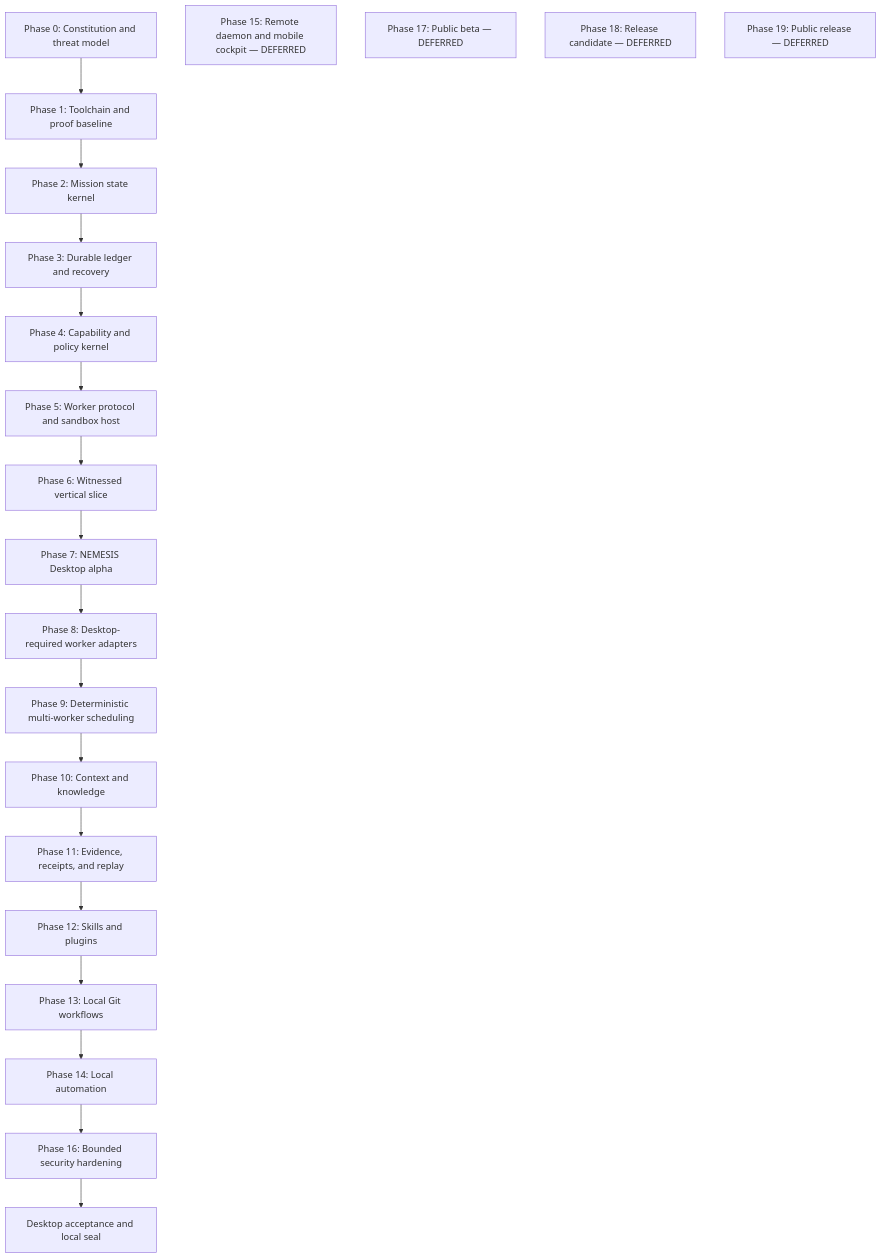
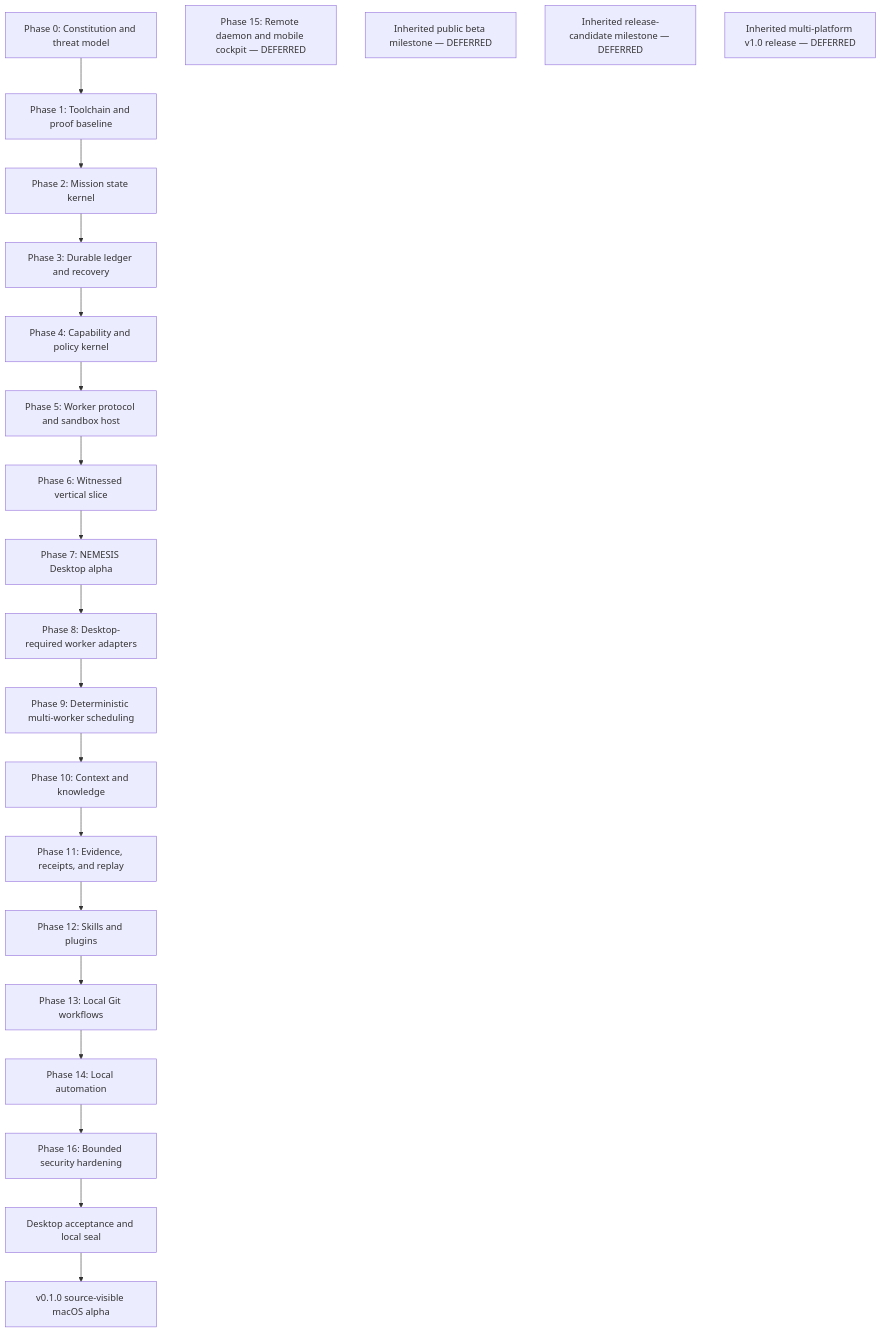
The diagram in docs/architecture/DESKTOP_DEPENDENCY_GRAPH.md (AnubisQuantumCipher/nemesis), drawn with Mermaid before and after one commit. The commit also changed other lines of this file and 11 other files, not shown here.

First line of the commit message:
docs: define the public macOS alpha boundary

````diff
--- a/docs/architecture/DESKTOP_DEPENDENCY_GRAPH.md
+++ b/docs/architecture/DESKTOP_DEPENDENCY_GRAPH.md
@@ -16,24 +16,25 @@
 ```mermaid
 graph TD
   P0[Phase 0: Constitution and threat model] --> P1[Phase 1: Toolchain and proof baseline]
   P1 --> P2[Phase 2: Mission state kernel]
   P2 --> P3[Phase 3: Durable ledger and recovery]
   P3 --> P4[Phase 4: Capability and policy kernel]
   P4 --> P5[Phase 5: Worker protocol and sandbox host]
   P5 --> P6[Phase 6: Witnessed vertical slice]
   P6 --> P7[Phase 7: NEMESIS Desktop alpha]
   P7 --> P8[Phase 8: Desktop-required worker adapters]
   P8 --> P9[Phase 9: Deterministic multi-worker scheduling]
   P9 --> P10[Phase 10: Context and knowledge]
   P10 --> P11[Phase 11: Evidence, receipts, and replay]
   P11 --> P12[Phase 12: Skills and plugins]
   P12 --> P13[Phase 13: Local Git workflows]
   P13 --> P14[Phase 14: Local automation]
   P14 --> P16[Phase 16: Bounded security hardening]
   P16 --> DONE[Desktop acceptance and local seal]
+  DONE --> R0[v0.1.0 source-visible macOS alpha]
 
   P15[Phase 15: Remote daemon and mobile cockpit — DEFERRED]
-  P17[Phase 17: Public beta — DEFERRED]
-  P18[Phase 18: Release candidate — DEFERRED]
-  P19[Phase 19: Public release — DEFERRED]
+  P17[Inherited public beta milestone — DEFERRED]
+  P18[Inherited release-candidate milestone — DEFERRED]
+  P19[Inherited multi-platform v1.0 release — DEFERRED]
 ```
````
